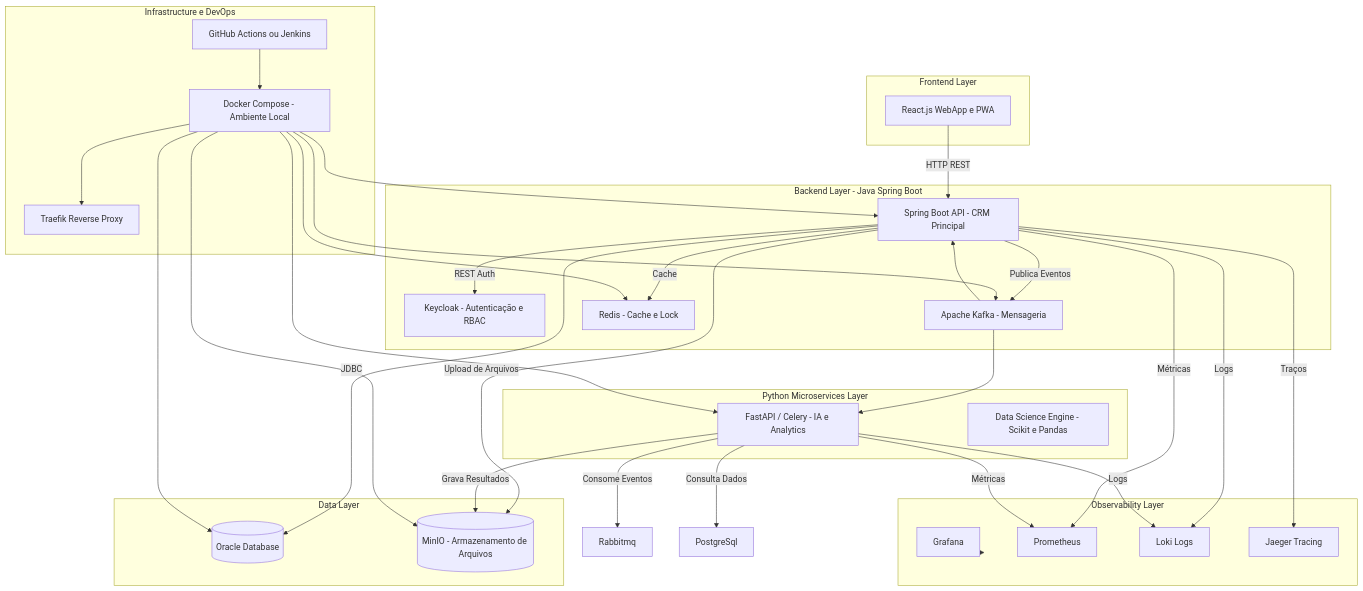
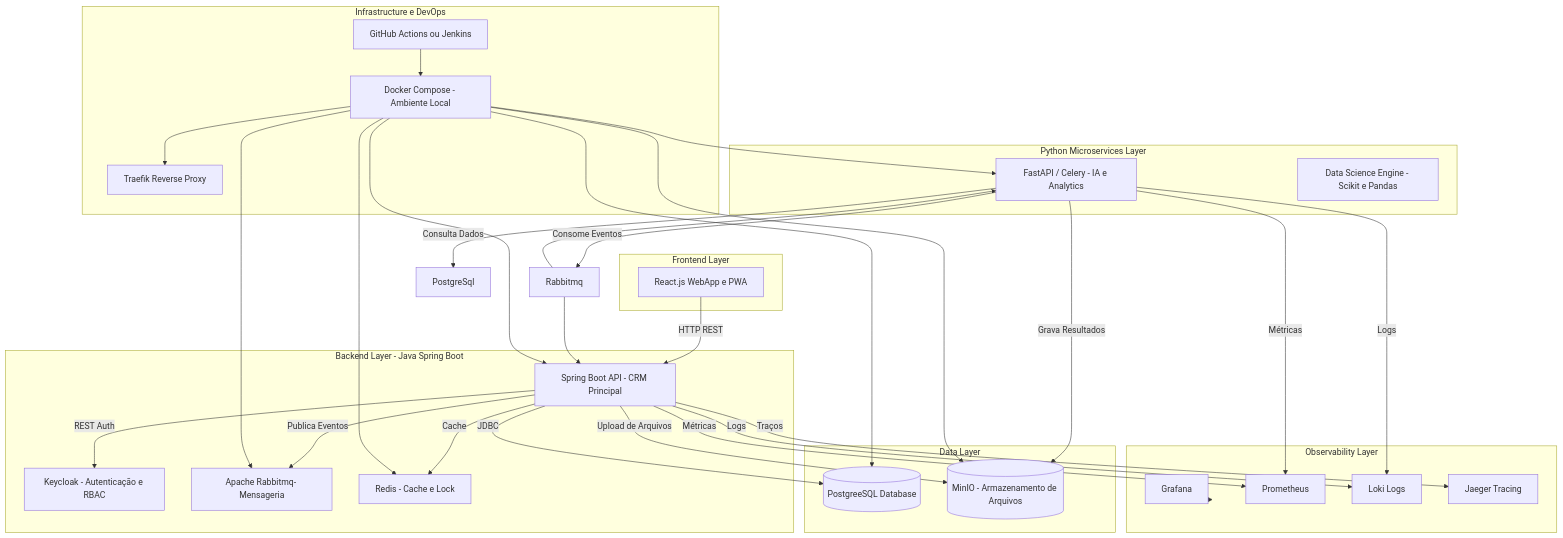
Before and after one commit to CAIOMSa/HospitalSaoRafael: the diagram in Arquitetura.md, drawn with Mermaid.

````diff
--- a/Arquitetura.md
+++ b/Arquitetura.md
@@ -1,73 +1,73 @@
 ```mermaid
 flowchart TB
     %% =======================
     %% Camadas principais
     %% =======================
     subgraph FRONTEND[Frontend Layer]
         REACT[React.js WebApp e PWA]
     end
 
     subgraph BACKEND[Backend Layer - Java Spring Boot]
         API[Spring Boot API - CRM Principal]
         SECURITY[Keycloak - Autenticação e RBAC]
-        KAFKA[Apache Kafka - Mensageria]
+        KAFKA[Apache Rabbitmq- Mensageria]
         REDIS[Redis - Cache e Lock]
     end
 
     subgraph DATA[Data Layer]
-        ORACLE[(Oracle Database)]
+        PostgreeSQL[(PostgreeSQL Database)]
         MINIO[(MinIO - Armazenamento de Arquivos)]
     end
 
     subgraph PY_MICROSERVICES[Python Microservices Layer]
         PYAI[FastAPI / Celery - IA e Analytics]
         DS[Data Science Engine - Scikit e Pandas]
     end
 
     subgraph OBS[Observability Layer]
         GRAFANA[Grafana]
         PROMETHEUS[Prometheus]
         LOKI[Loki Logs]
         JAEGER[Jaeger Tracing]
     end
 
     subgraph INFRA[Infrastructure e DevOps]
         DOCKER[Docker Compose - Ambiente Local]
         TRAEFIK[Traefik Reverse Proxy]
         GIT[GitHub Actions ou Jenkins]
     end
 
     %% =======================
     %% Fluxos principais
     %% =======================
     REACT -->|HTTP REST| API
-    API -->|JDBC| ORACLE
+    API -->|JDBC| PostgreeSQL
     API -->|REST Auth| SECURITY
     API -->|Publica Eventos| KAFKA
     API -->|Cache| REDIS
     API -->|Upload de Arquivos| MINIO
 
     PYAI -->|Consome Eventos| Rabbitmq
     PYAI -->|Consulta Dados| PostgreSql
     PYAI -->|Grava Resultados| MINIO
 
-    KAFKA --> API
-    KAFKA --> PYAI
+    Rabbitmq--> API
+    Rabbitmq--> PYAI
 
     API -->|Métricas| PROMETHEUS
     API -->|Logs| LOKI
     API -->|Traços| JAEGER
     PYAI -->|Métricas| PROMETHEUS
     PYAI -->|Logs| LOKI
     OBS --> GRAFANA
 
     DOCKER --> API
     DOCKER --> PYAI
-    DOCKER --> ORACLE
+    DOCKER --> PostgreeSQL
     DOCKER --> KAFKA
     DOCKER --> REDIS
     DOCKER --> MINIO
     DOCKER --> TRAEFIK
     GIT --> DOCKER
 
 ```
````
